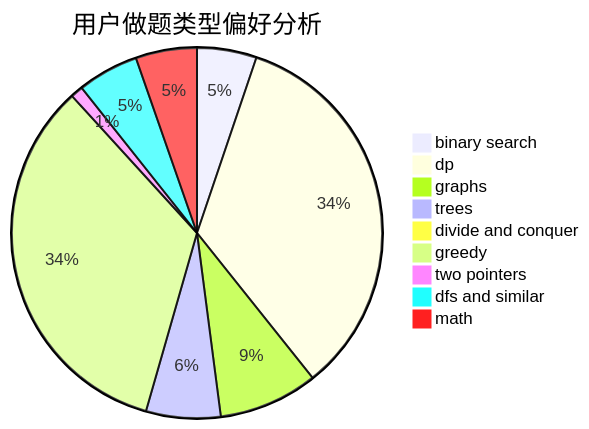
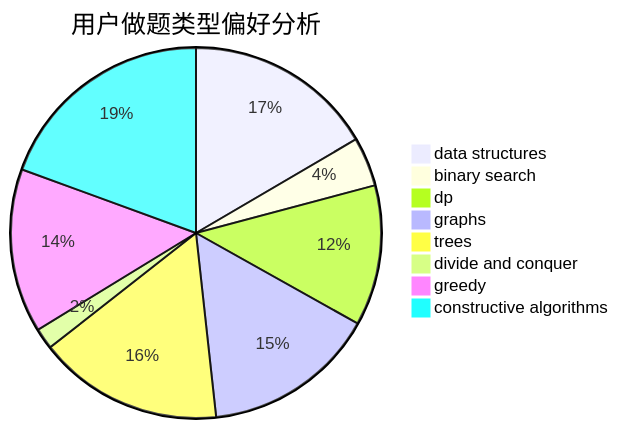
One commit to sherpahu/cfrs.github.io changed the second of 3 diagrams in docs/user/u1551.md. Above: the diagram before and after it, drawn with Mermaid. The commit also changed other lines of this file and 2775 other files, not shown here.

````diff
--- a/docs/user/u1551.md
+++ b/docs/user/u1551.md
@@ -23,12 +23,11 @@
 ```mermaid
 pie title 用户做题类型偏好分析
-    "binary search" :  72
-    "dp" :  472
-    "graphs" :  120
-    "trees" :  90
-    "divide and conquer" :  10
-    "greedy" :  468
-    "two pointers" :  15
-    "dfs and similar" :  74
-    "math" :  74
+    "data structures" :  81
+    "binary search" :  21
+    "dp" :  60
+    "graphs" :  74
+    "trees" :  79
+    "divide and conquer" :  9
+    "greedy" :  70
+    "constructive algorithms" :  95
 ```
````
